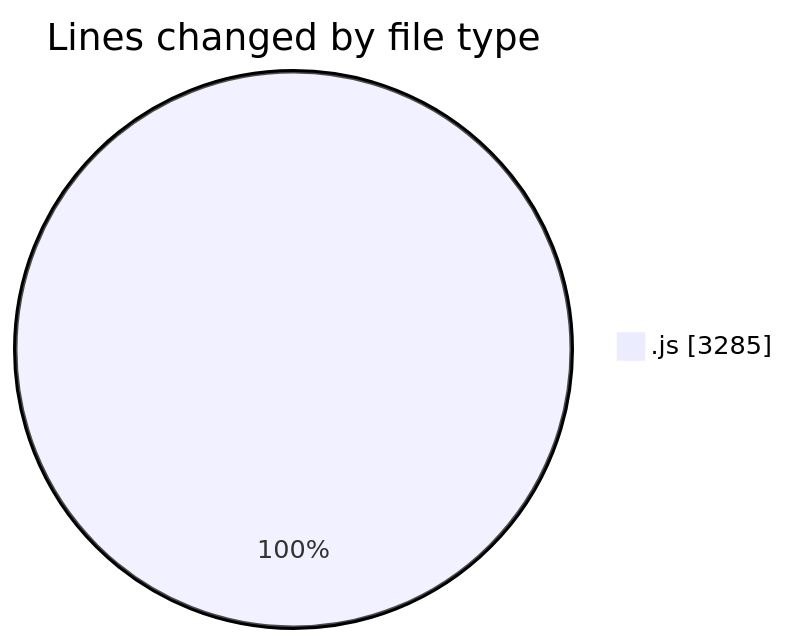
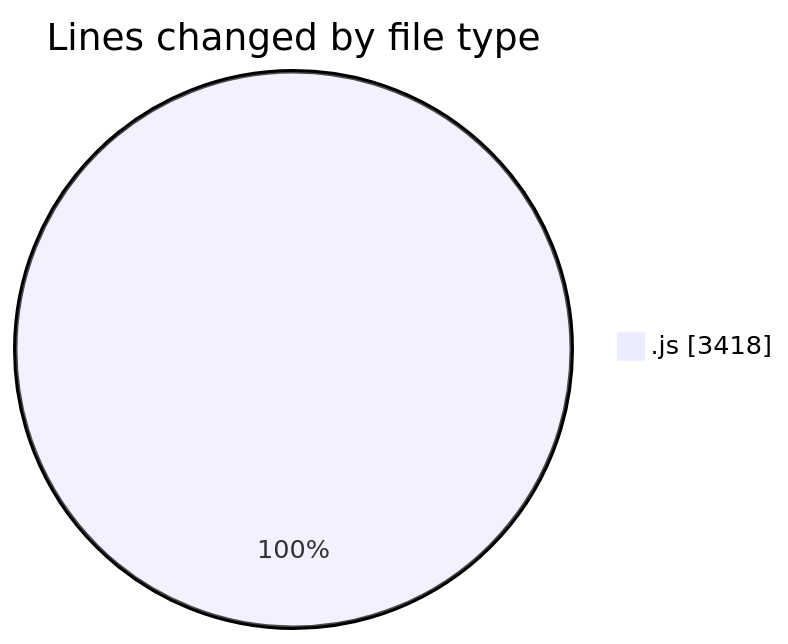
Before and after one commit to nxtqubesakshisongat/code-tracking: the first of 2 diagrams in 2025-09-03/nxtqube_webapp/README.md, drawn with Mermaid. The commit also changed other lines of this file and 1 other file, not shown here.

````diff
--- a/2025-09-03/nxtqube_webapp/README.md
+++ b/2025-09-03/nxtqube_webapp/README.md
@@ -20,5 +20,5 @@
 ```mermaid
 pie showData
 title Lines changed by file type
-".js" : 3285
+".js" : 3418
 ```
````
